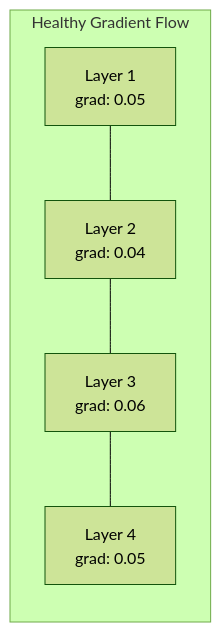
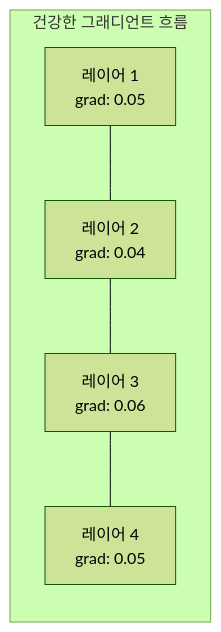
One commit to ChoBazzi/ai-engineering-from-scratch changed the third of 5 diagrams in phases/03-deep-learning-core/13-debugging-neural-networks/docs/en.md. Above: the diagram before and after it, drawn with Mermaid (forest theme). The commit also changed other lines of this file and 868 other files, not shown here.

````diff
--- a/phases/03-deep-learning-core/13-debugging-neural-networks/docs/en.md
+++ b/phases/03-deep-learning-core/13-debugging-neural-networks/docs/en.md
@@ -133,6 +133,6 @@
 ```mermaid
 graph LR
-    subgraph "Healthy Gradient Flow"
-        L1["Layer 1<br/>grad: 0.05"] --- L2["Layer 2<br/>grad: 0.04"] --- L3["Layer 3<br/>grad: 0.06"] --- L4["Layer 4<br/>grad: 0.05"]
+    subgraph "건강한 그래디언트 흐름"
+        L1["레이어 1<br/>grad: 0.05"] --- L2["레이어 2<br/>grad: 0.04"] --- L3["레이어 3<br/>grad: 0.06"] --- L4["레이어 4<br/>grad: 0.05"]
     end
 ```
````
